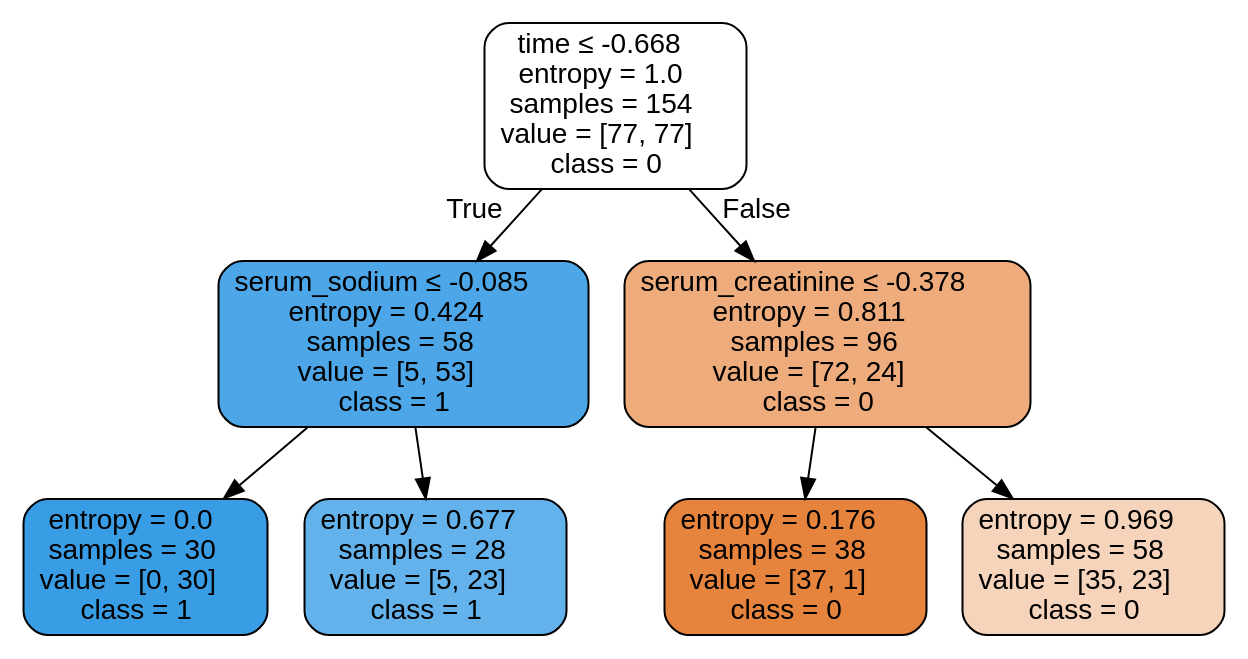
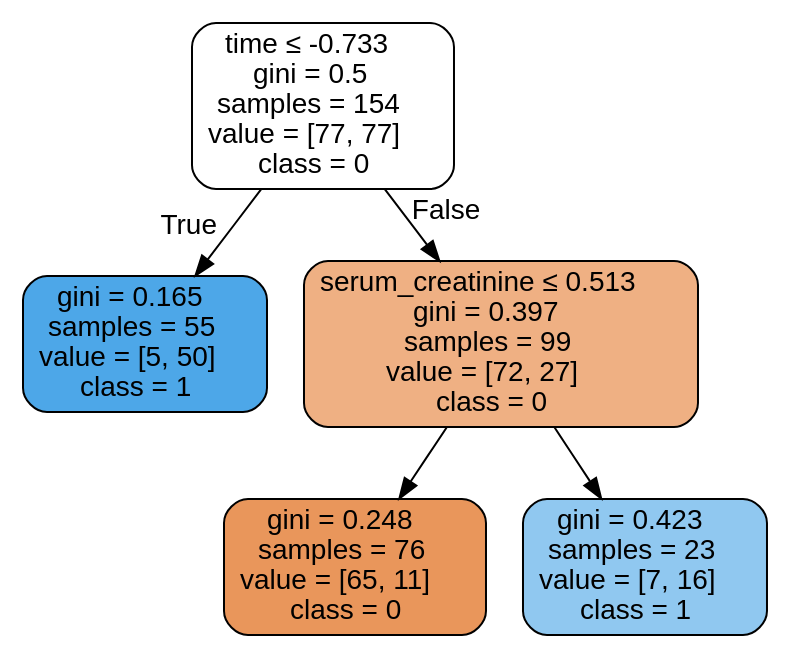
One commit to isabelSoares/CD-2021 changed the diagram in Labs/Lab05/Results/UnderSample/HFCR - UnderSample - dtree.dot. Above: the diagram before and after it, drawn with Graphviz. The commit also changed 97 other files, not shown here.

```diff
--- a/Labs/Lab05/Results/UnderSample/HFCR - UnderSample - dtree.dot
+++ b/Labs/Lab05/Results/UnderSample/HFCR - UnderSample - dtree.dot
@@ -1,17 +1,13 @@
 digraph Tree {
 node [shape=box, style="filled, rounded", color="black", fontname=helvetica] ;
 edge [fontname=helvetica] ;
-0 [label=<time &le; -0.668<br/>entropy = 1.0<br/>samples = 154<br/>value = [77, 77]<br/>class = 0>, fillcolor="#ffffff"] ;
-1 [label=<serum_sodium &le; -0.085<br/>entropy = 0.424<br/>samples = 58<br/>value = [5, 53]<br/>class = 1>, fillcolor="#4ca6e7"] ;
+0 [label=<time &le; -0.733<br/>gini = 0.5<br/>samples = 154<br/>value = [77, 77]<br/>class = 0>, fillcolor="#ffffff"] ;
+1 [label=<gini = 0.165<br/>samples = 55<br/>value = [5, 50]<br/>class = 1>, fillcolor="#4da7e8"] ;
 0 -> 1 [labeldistance=2.5, labelangle=45, headlabel="True"] ;
-2 [label=<entropy = 0.0<br/>samples = 30<br/>value = [0, 30]<br/>class = 1>, fillcolor="#399de5"] ;
-1 -> 2 ;
-3 [label=<entropy = 0.677<br/>samples = 28<br/>value = [5, 23]<br/>class = 1>, fillcolor="#64b2eb"] ;
-1 -> 3 ;
-4 [label=<serum_creatinine &le; -0.378<br/>entropy = 0.811<br/>samples = 96<br/>value = [72, 24]<br/>class = 0>, fillcolor="#eeab7b"] ;
-0 -> 4 [labeldistance=2.5, labelangle=-45, headlabel="False"] ;
-5 [label=<entropy = 0.176<br/>samples = 38<br/>value = [37, 1]<br/>class = 0>, fillcolor="#e6843e"] ;
-4 -> 5 ;
-6 [label=<entropy = 0.969<br/>samples = 58<br/>value = [35, 23]<br/>class = 0>, fillcolor="#f6d4bb"] ;
-4 -> 6 ;
+2 [label=<serum_creatinine &le; 0.513<br/>gini = 0.397<br/>samples = 99<br/>value = [72, 27]<br/>class = 0>, fillcolor="#efb083"] ;
+0 -> 2 [labeldistance=2.5, labelangle=-45, headlabel="False"] ;
+3 [label=<gini = 0.248<br/>samples = 76<br/>value = [65, 11]<br/>class = 0>, fillcolor="#e9965b"] ;
+2 -> 3 ;
+4 [label=<gini = 0.423<br/>samples = 23<br/>value = [7, 16]<br/>class = 1>, fillcolor="#90c8f0"] ;
+2 -> 4 ;
 }
```
